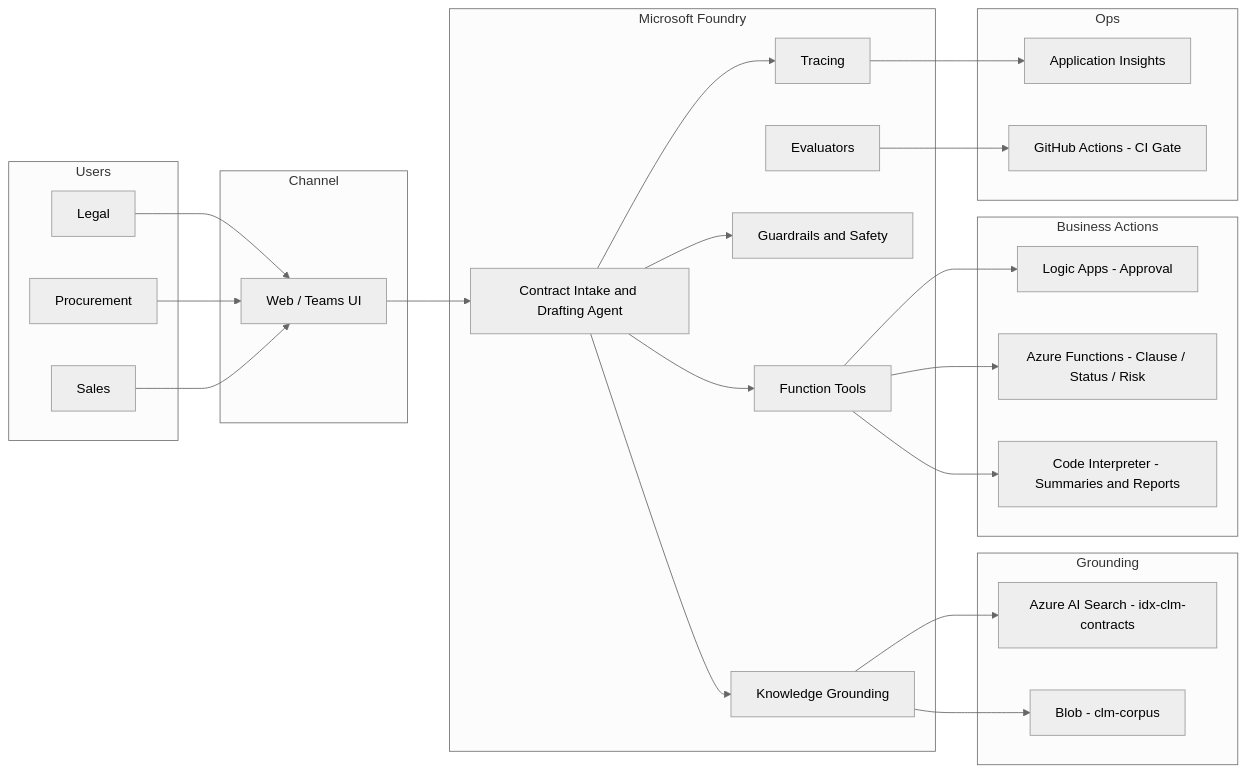
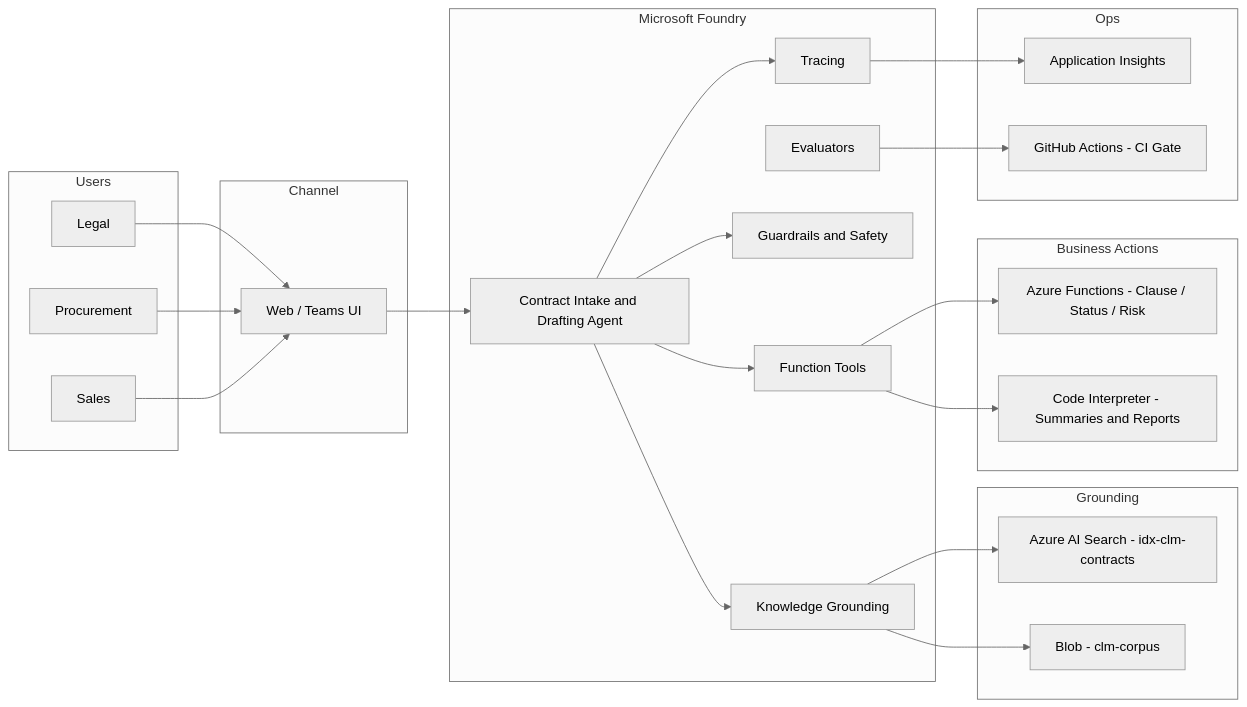
Before and after one commit to priyanka405/MS-Foundry-Microhack: the diagram in README.md, drawn with Mermaid (neutral theme). The commit also changed other lines of this file, not shown here.

Commit message:
Remove Logic Apps references and update to 4-tool architecture (Azure Functions replaces Logic Apps)

````diff
--- a/README.md
+++ b/README.md
@@ -105,44 +105,43 @@
 ```mermaid
 flowchart LR
     subgraph Users
         L[Legal]
         P[Procurement]
         S[Sales]
     end
 
     subgraph Channel[Channel]
         UI[Web / Teams UI]
     end
 
     subgraph Foundry[Microsoft Foundry]
         A[Contract Intake and Drafting Agent]
         KG[Knowledge Grounding]
         T[Function Tools]
         GR[Guardrails and Safety]
         EV[Evaluators]
         OB[Tracing]
     end
 
     subgraph Ground[Grounding]
         AIS[Azure AI Search - idx-clm-contracts]
         BLOB[Blob - clm-corpus]
     end
 
     subgraph Actions[Business Actions]
-        LA[Logic Apps - Approval]
         FN[Azure Functions - Clause / Status / Risk]
         CI[Code Interpreter - Summaries and Reports]
     end
 
     subgraph Ops[Ops]
         AI[Application Insights]
         GH[GitHub Actions - CI Gate]
     end
 
     L & P & S --> UI --> A
     A --> KG --> AIS & BLOB
-    A --> T --> LA & FN & CI
+    A --> T --> FN & CI
     A --> GR
     A --> OB --> AI
     EV --> GH
 ```
````
